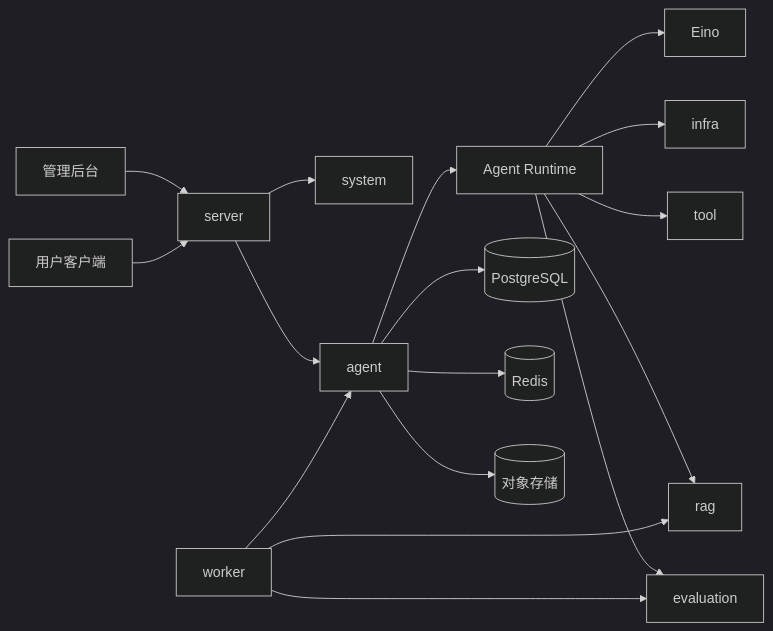
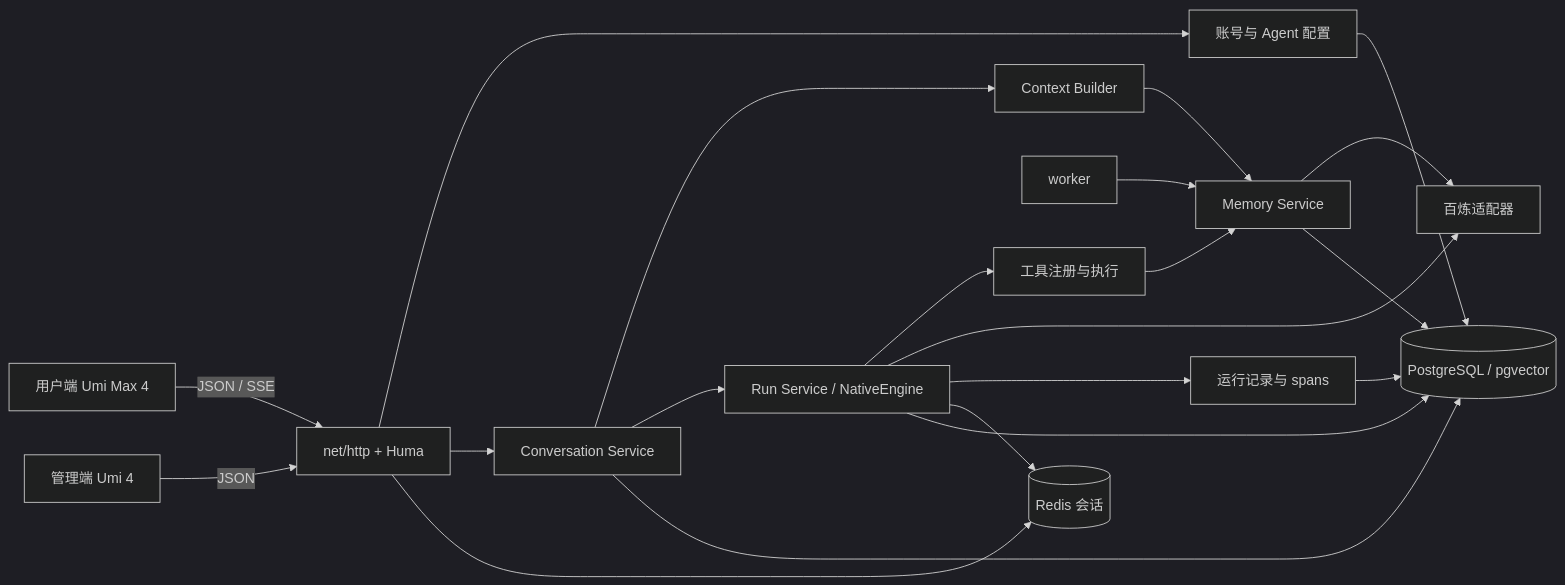
The diagram in docs/architecture.md (Lq0412/xa), drawn with Mermaid (dark theme) before and after one commit. The commit also changed other lines of this file and 15 other files, not shown here.

````diff
--- a/docs/architecture.md
+++ b/docs/architecture.md
@@ -46,22 +7,23 @@
-~~~mermaid
+```mermaid
 flowchart LR
-    Admin[管理后台] --> Server[server]
-    Client[用户客户端] --> Server
-
-    Server --> System[system]
-    Server --> Agent[agent]
-    Agent --> Runtime[Agent Runtime]
-    Runtime --> Eino[Eino]
-    Runtime --> Infra[infra]
-    Runtime --> Tool[tool]
-    Runtime --> Rag[rag]
-    Runtime --> Evaluation[evaluation]
-
-    Worker[worker] --> Agent
-    Worker --> Rag
-    Worker --> Evaluation
-
-    Agent --> PostgreSQL[(PostgreSQL)]
-    Agent --> Redis[(Redis)]
-    Agent --> ObjectStorage[(对象存储)]
-~~~
+  U[用户端 Umi Max 4] -->|JSON / SSE| H[net/http + Huma]
+  A[管理端 Umi 4] -->|JSON| H
+  H --> D[账号与 Agent 配置]
+  H --> C[Conversation Service]
+  C --> B[Context Builder]
+  C --> R[Run Service / NativeEngine]
+  B --> M[Memory Service]
+  R --> T[工具注册与执行]
+  T --> M
+  R --> P[百炼适配器]
+  R --> TR[运行记录与 spans]
+  W[worker] --> M
+  M --> P
+  D --> PG[(PostgreSQL / pgvector)]
+  C --> PG
+  M --> PG
+  TR --> PG
+  H --> RD[(Redis 会话)]
+  R --> RD
+  R --> PG
+```
````
